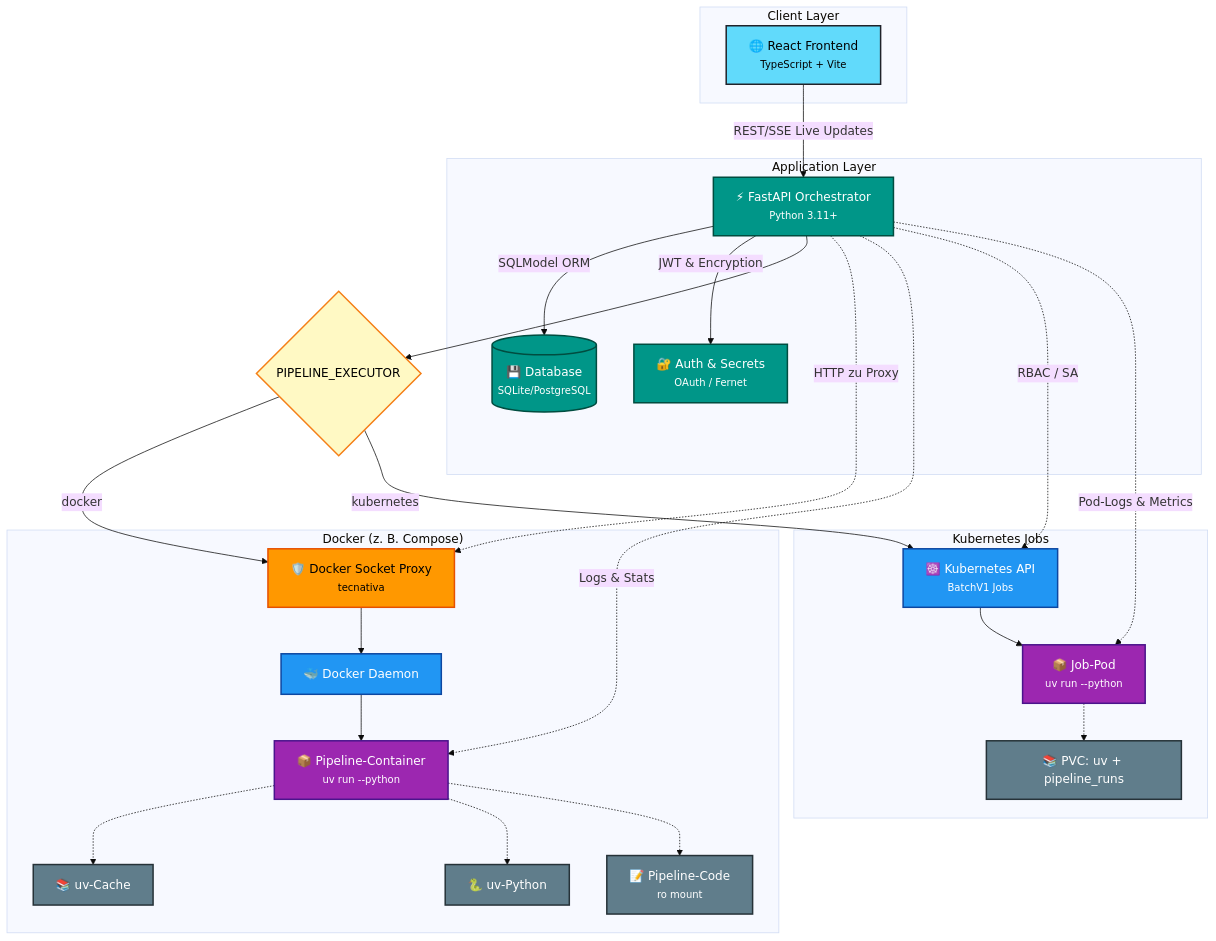
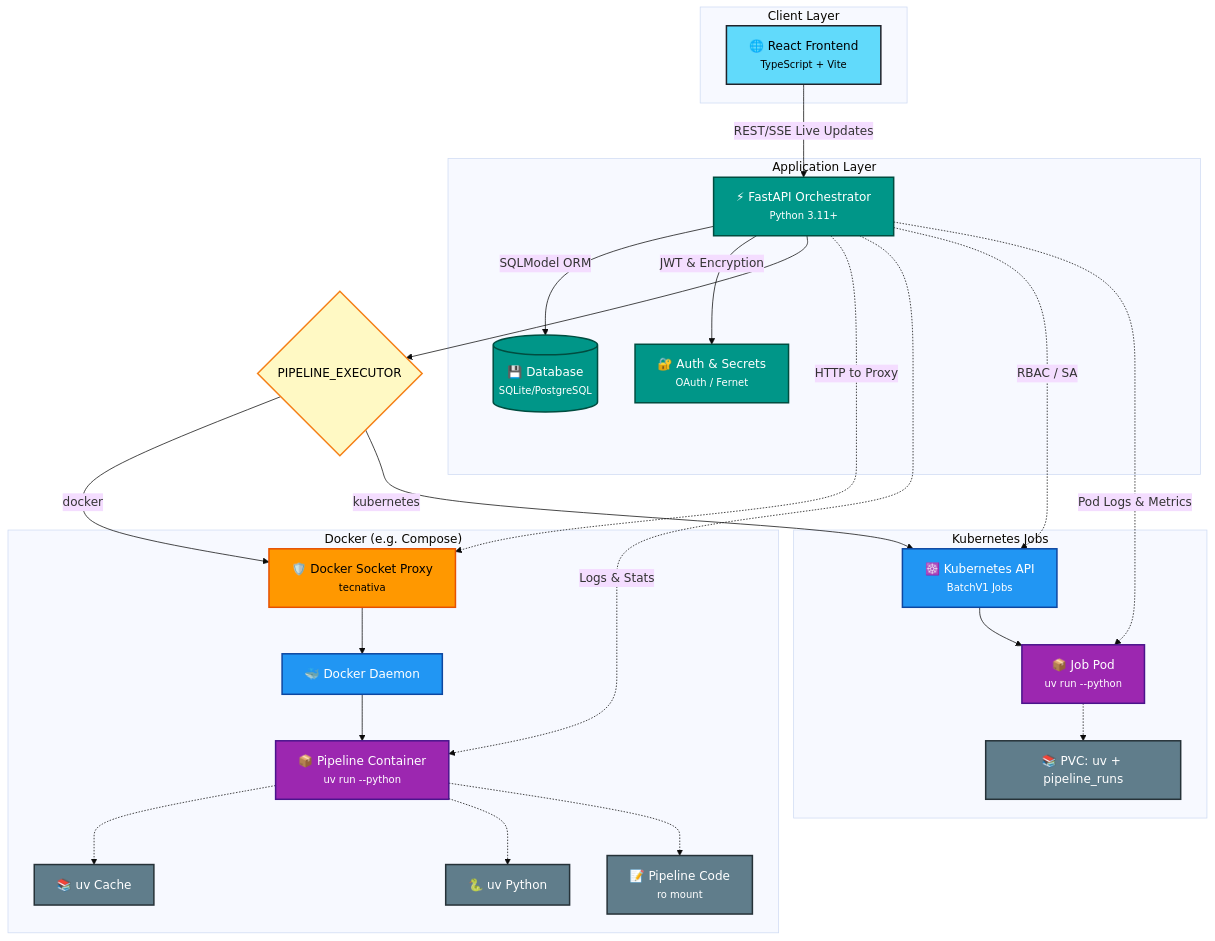
Before and after one commit to ttuhin03/fastflow: the diagram in README.md, drawn with Mermaid (base theme). The commit also changed other lines of this file, not shown here.

````diff
--- a/README.md
+++ b/README.md
@@ -213,65 +213,65 @@
 ```mermaid
 flowchart TB
     subgraph ClientLayer["Client Layer"]
         A["🌐 React Frontend<br/><small>TypeScript + Vite</small>"]
     end
 
     subgraph AppLayer["Application Layer"]
         B["⚡ FastAPI Orchestrator<br/><small>Python 3.11+</small>"]
         C[("💾 Database<br/><small>SQLite/PostgreSQL</small>")]
         D["🔐 Auth & Secrets<br/><small>OAuth / Fernet</small>"]
     end
 
     A -->|"REST/SSE Live Updates"| B
     B -->|"SQLModel ORM"| C
     B -->|"JWT & Encryption"| D
 
     PE{"PIPELINE_EXECUTOR"}
     B --> PE
 
-    subgraph DockerPfad["Docker (z. B. Compose)"]
+    subgraph DockerPfad["Docker (e.g. Compose)"]
         E["🛡️ Docker Socket Proxy<br/><small>tecnativa</small>"]
         F["🐳 Docker Daemon"]
-        G["📦 Pipeline-Container<br/><small>uv run --python</small>"]
-        H["📚 uv-Cache"]
-        J["🐍 uv-Python"]
-        I["📝 Pipeline-Code<br/><small>ro mount</small>"]
+        G["📦 Pipeline Container<br/><small>uv run --python</small>"]
+        H["📚 uv Cache"]
+        J["🐍 uv Python"]
+        I["📝 Pipeline Code<br/><small>ro mount</small>"]
     end
 
     subgraph K8sPfad["Kubernetes Jobs"]
         K["☸️ Kubernetes API<br/><small>BatchV1 Jobs</small>"]
-        L["📦 Job-Pod<br/><small>uv run --python</small>"]
+        L["📦 Job Pod<br/><small>uv run --python</small>"]
         M["📚 PVC: uv + pipeline_runs"]
     end
 
     PE -->|docker| E
     E --> F
     F --> G
     G -.-> H
     G -.-> J
     G -.-> I
-    B -.->|"HTTP zu Proxy"| E
+    B -.->|"HTTP to Proxy"| E
     B -.->|"Logs & Stats"| G
 
     PE -->|kubernetes| K
     K --> L
     L -.-> M
     B -.->|"RBAC / SA"| K
-    B -.->|"Pod-Logs & Metrics"| L
+    B -.->|"Pod Logs & Metrics"| L
 
     classDef frontend fill:#61dafb,stroke:#20232a,stroke-width:2px,color:#000
     classDef backend fill:#009688,stroke:#004d40,stroke-width:2px,color:#fff
     classDef security fill:#ff9800,stroke:#e65100,stroke-width:2px,color:#000
     classDef infra fill:#2196f3,stroke:#0d47a1,stroke-width:2px,color:#fff
     classDef execution fill:#9c27b0,stroke:#4a148c,stroke-width:2px,color:#fff
     classDef storage fill:#607d8b,stroke:#263238,stroke-width:2px,color:#fff
     classDef decision fill:#fff9c4,stroke:#f57f17,stroke-width:2px,color:#000
 
     class A frontend
     class B,C,D backend
     class E security
     class F,K infra
     class G,L execution
     class H,I,J,M storage
     class PE decision
 ```
````
